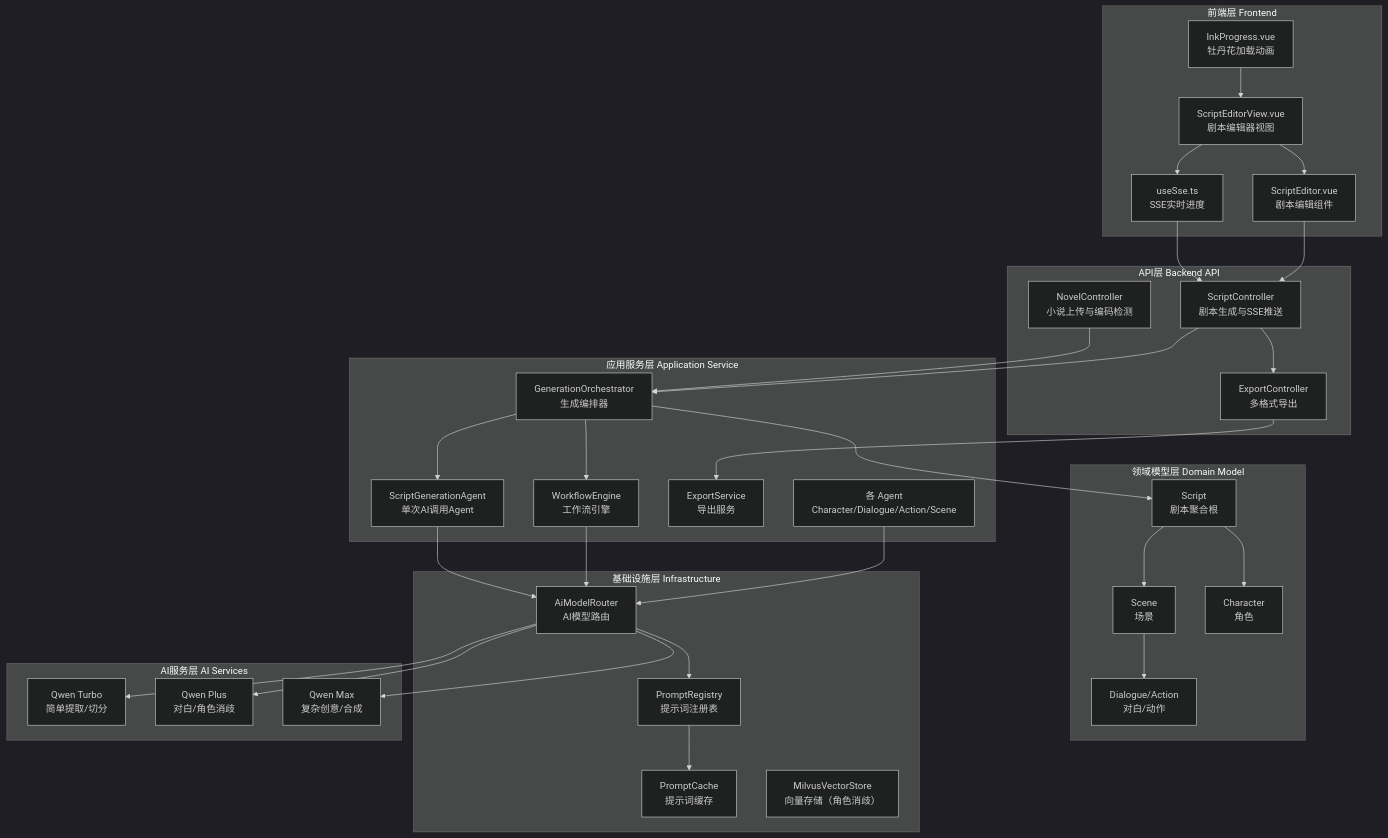
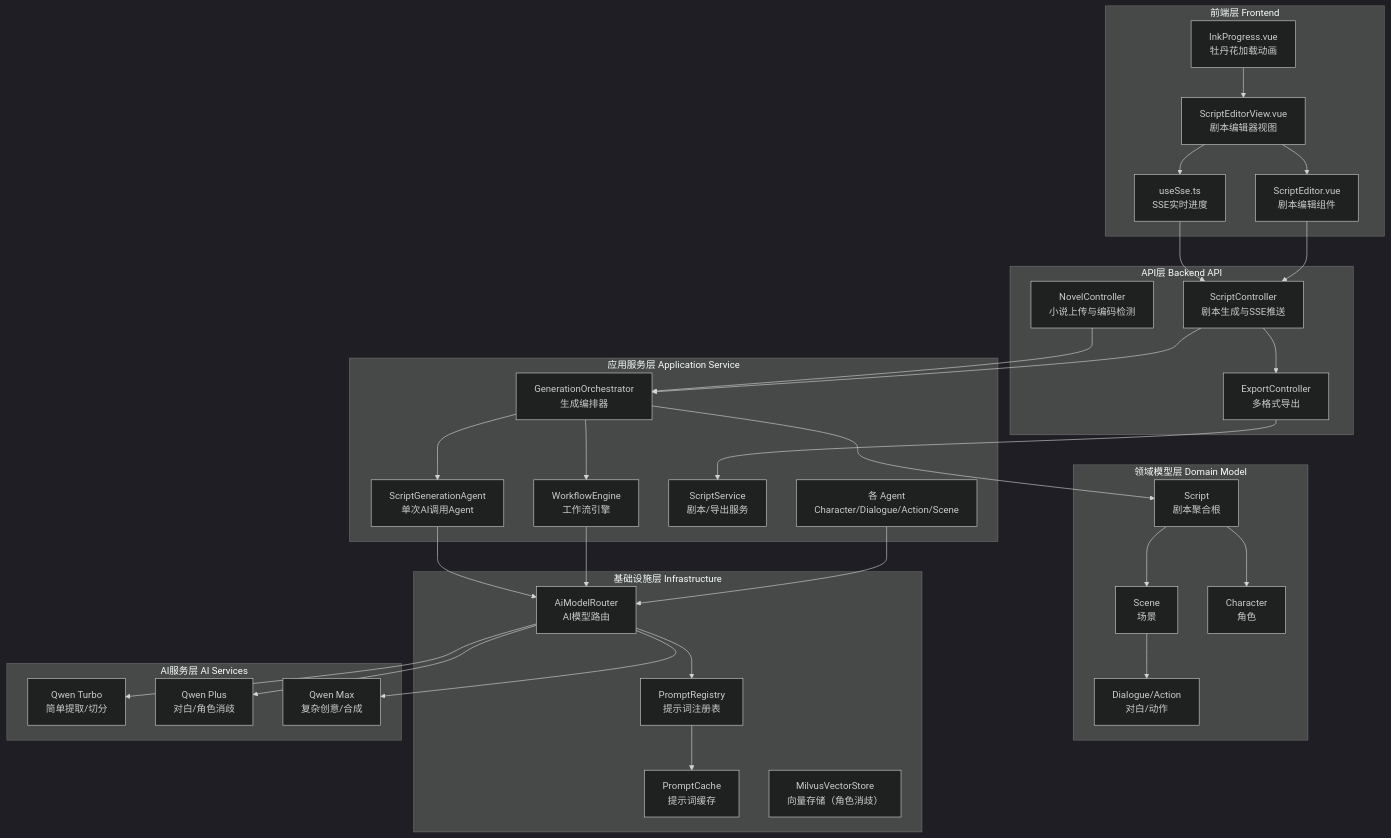
One commit to Mr-123321/Novel2Script changed the first of 2 diagrams in README.md. Above: the diagram before and after it, drawn with Mermaid (dark theme). The commit also changed other lines of this file and 3 other files, not shown here.

First line of the commit message:
W06: 删除 ExportService 空壳，ensureExportable 迁入 ScriptService

````diff
--- a/README.md
+++ b/README.md
@@ -169,67 +169,67 @@
 ```mermaid
 graph TB
     subgraph "前端层 Frontend"
         A["ScriptEditorView.vue<br/>剧本编辑器视图"]
         B["useSse.ts<br/>SSE实时进度"]
         C["ScriptEditor.vue<br/>剧本编辑组件"]
         D["InkProgress.vue<br/>牡丹花加载动画"]
     end
 
     subgraph "API层 Backend API"
         E["NovelController<br/>小说上传与编码检测"]
         F["ScriptController<br/>剧本生成与SSE推送"]
         G["ExportController<br/>多格式导出"]
     end
 
     subgraph "应用服务层 Application Service"
         H["GenerationOrchestrator<br/>生成编排器"]
         I["ScriptGenerationAgent<br/>单次AI调用Agent"]
         J["WorkflowEngine<br/>工作流引擎"]
-        K["ExportService<br/>导出服务"]
+        K["ScriptService<br/>剧本/导出服务"]
         L["各 Agent<br/>Character/Dialogue/Action/Scene"]
     end
 
     subgraph "领域模型层 Domain Model"
         M["Script<br/>剧本聚合根"]
         N["Scene<br/>场景"]
         O["Character<br/>角色"]
         P["Dialogue/Action<br/>对白/动作"]
     end
 
     subgraph "基础设施层 Infrastructure"
         Q["AiModelRouter<br/>AI模型路由"]
         R["PromptRegistry<br/>提示词注册表"]
         S["PromptCache<br/>提示词缓存"]
         T["MilvusVectorStore<br/>向量存储（角色消歧）"]
     end
 
     subgraph "AI服务层 AI Services"
         U["Qwen Turbo<br/>简单提取/切分"]
         V["Qwen Plus<br/>对白/角色消歧"]
         W["Qwen Max<br/>复杂创意/合成"]
     end
 
     A --> B
     A --> C
     B --> F
     C --> F
     D --> A
     E --> H
     F --> H
     F --> G
     G --> K
     H --> I
     H --> J
     I --> Q
     J --> Q
     L --> Q
     Q --> R
     Q --> U
     Q --> V
     Q --> W
     R --> S
     H --> M
     M --> N
     M --> O
     N --> P
 ```
````
